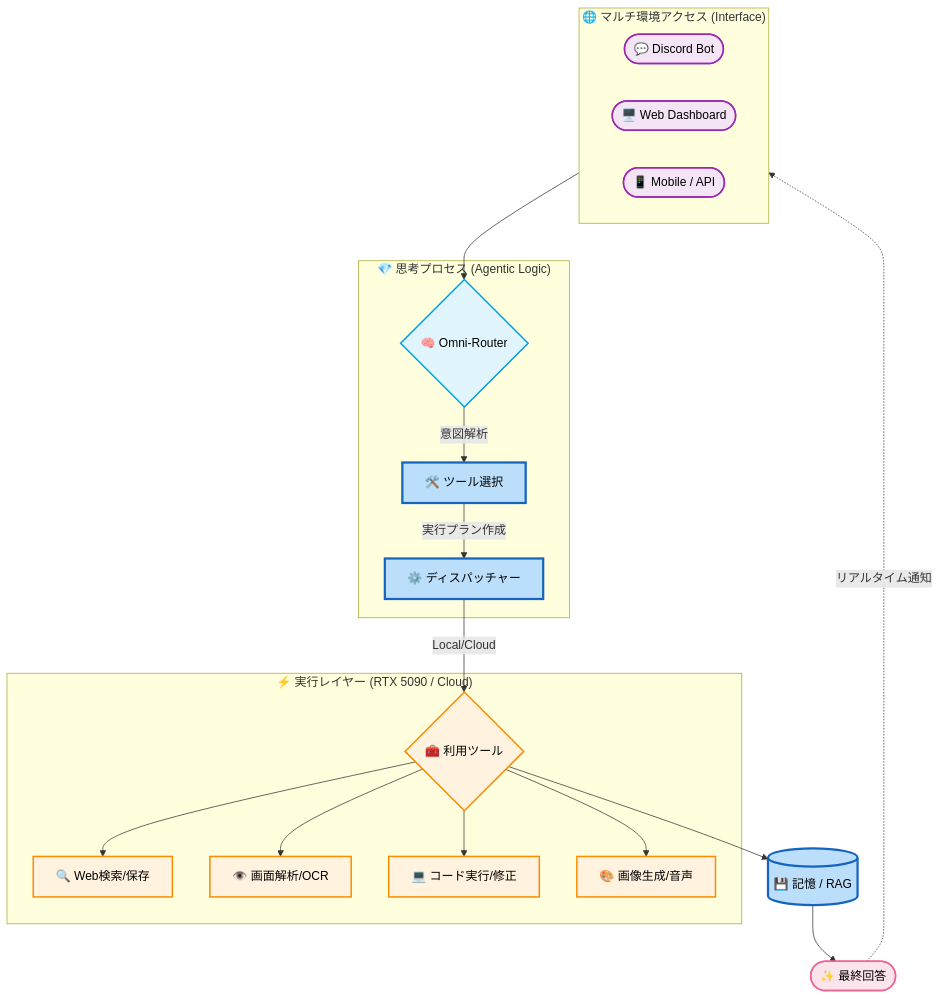
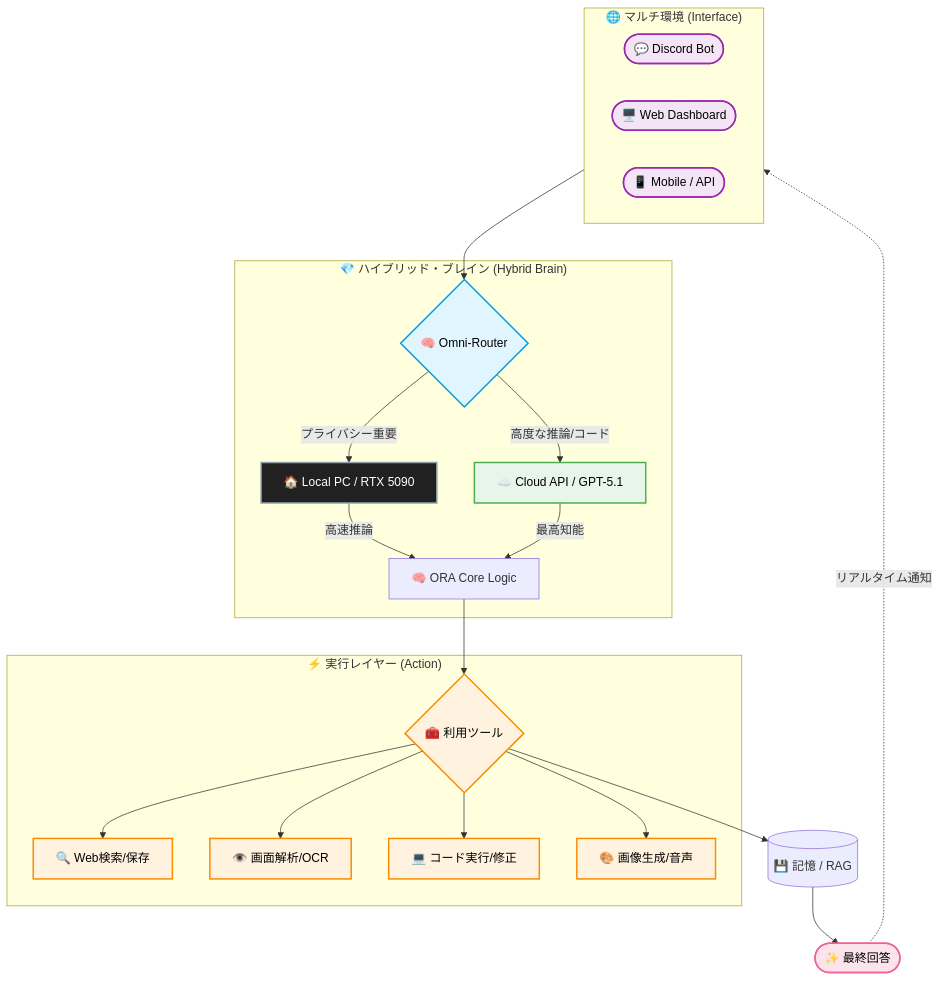
One commit to YoneRai12/YonerAI changed the diagram in README_JP.md. Above: the diagram before and after it, drawn with Mermaid. The commit also changed other lines of this file and 1 other file, not shown here.

Commit message:
docs: clarify local/cloud split in system flow diagram

````diff
--- a/README_JP.md
+++ b/README_JP.md
@@ -60,36 +60,40 @@
 ```mermaid
 graph TD
     %% Styling
     classDef frontend fill:#f3e5f5,stroke:#9c27b0,stroke-width:2px,color:#000
     classDef router fill:#e1f5fe,stroke:#039be5,stroke-width:2px,color:#000
-    classDef core fill:#bbdefb,stroke:#1565c0,stroke-width:3px,color:#000
+    classDef cloud fill:#e8f5e9,stroke:#4caf50,stroke-width:2px,color:#000
+    classDef local fill:#212121,stroke:#90a4ae,stroke-width:2px,color:#fff
     classDef tool fill:#fff3e0,stroke:#fb8c00,stroke-width:2px,color:#000
     classDef final fill:#fce4ec,stroke:#f06292,stroke-width:2px,color:#000
 
-    subgraph Frontends ["🌐 マルチ環境アクセス (Interface)"]
+    subgraph Frontends ["🌐 マルチ環境 (Interface)"]
         Discord([💬 Discord Bot]):::frontend
         WebDash([🖥️ Web Dashboard]):::frontend
         Mobile([📱 Mobile / API]):::frontend
     end
 
     Frontends --> Router{🧠 Omni-Router}:::router
     
-    subgraph CoreSystem ["💎 思考プロセス (Agentic Logic)"]
-        Router -->|意図解析| ToolSelect[🛠️ ツール選択]:::core
-        ToolSelect -->|実行プラン作成| Dispatcher[⚙️ ディスパッチャー]:::core
+    subgraph Thinking ["💎 ハイブリッド・ブレイン (Hybrid Brain)"]
+        Router -->|プライバシー重要| Local[🏠 Local PC / RTX 5090]:::local
+        Router -->|高度な推論/コード| Cloud[☁️ Cloud API / GPT-5.1]:::cloud
+        
+        Local -->|高速推論| Brain[🧠 ORA Core Logic]
+        Cloud -->|最高知能| Brain
     end
 
-    subgraph Execution ["⚡ 実行レイヤー (RTX 5090 / Cloud)"]
-        Dispatcher -->|Local/Cloud| Tools{🧰 利用ツール}:::tool
+    subgraph Execution ["⚡ 実行レイヤー (Action)"]
+        Brain --> Tools{🧰 利用ツール}:::tool
         
         Tools --> Web[🔍 Web検索/保存]:::tool
         Tools --> Vision[👁️ 画面解析/OCR]:::tool
         Tools --> Code[💻 コード実行/修正]:::tool
         Tools --> Media[🎨 画像生成/音声]:::tool
     end
 
-    Tools --> Memory[(💾 記憶 / RAG)]:::core
+    Tools --> Memory[(💾 記憶 / RAG)]
     Memory --> Output([✨ 最終回答]):::final
     
     Output -.->|リアルタイム通知| Frontends
 ```
````
